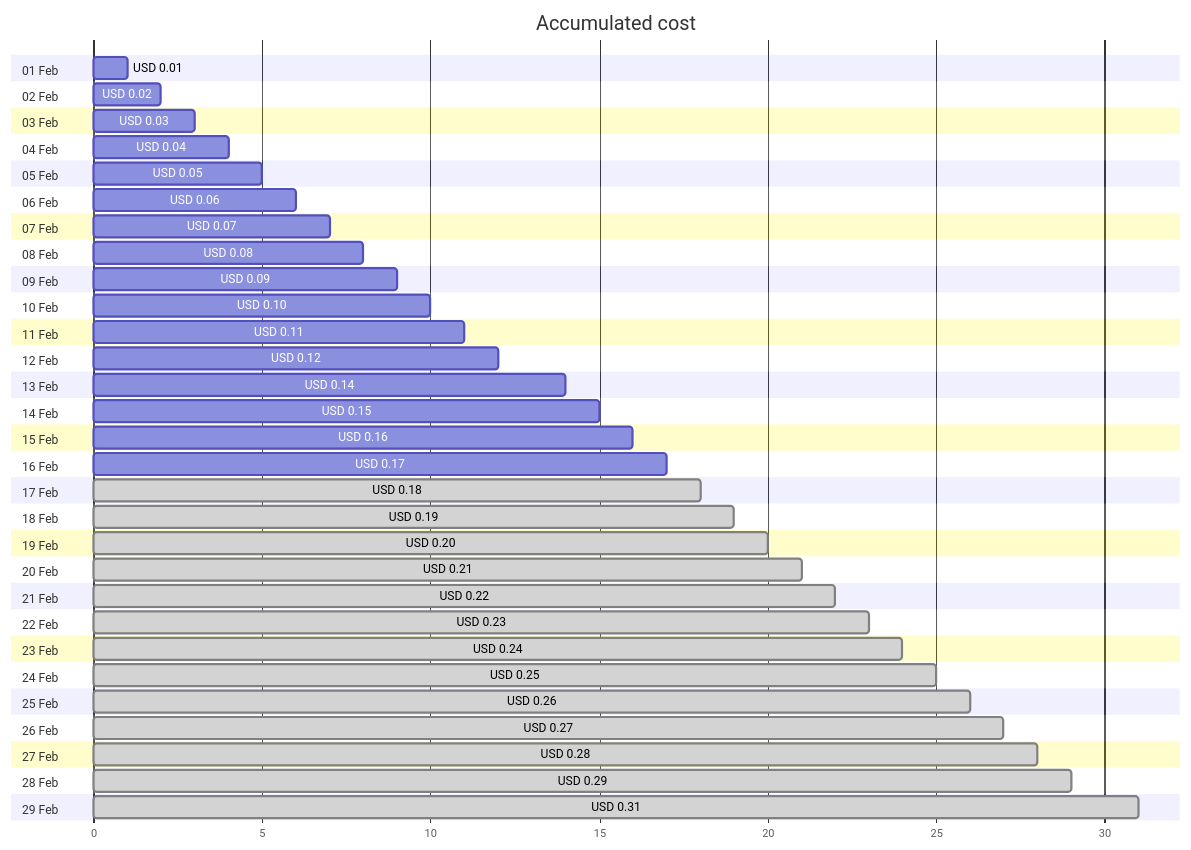
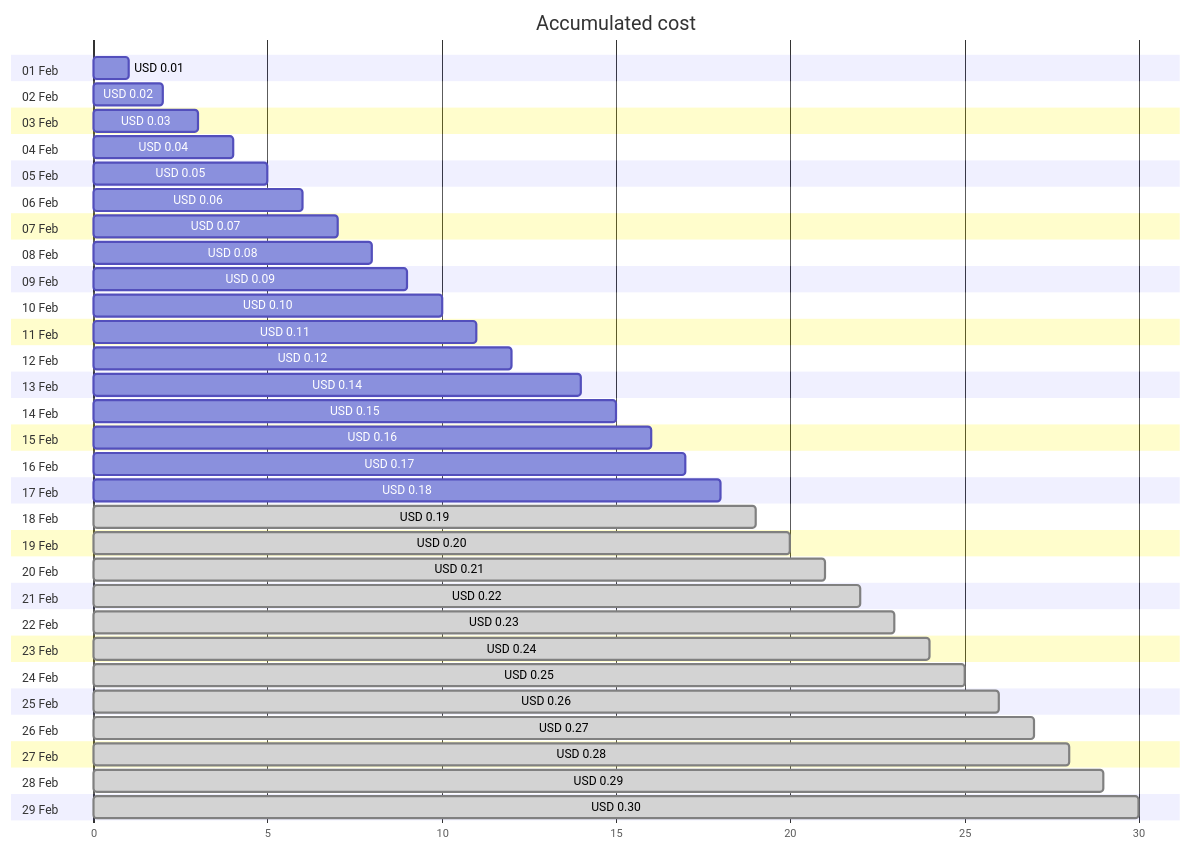
One commit to jpfulton/azure-personal-reports changed the first of 4 diagrams in cost-reports/cloud-shell-storage-eastus/README.md. Above: the diagram before and after it, drawn with Mermaid. The commit also changed other lines of this file and 1 other file, not shown here.

````diff
--- a/cost-reports/cloud-shell-storage-eastus/README.md
+++ b/cost-reports/cloud-shell-storage-eastus/README.md
@@ -20,64 +20,64 @@
 ```mermaid
 gantt
    title Accumulated cost
    dateFormat  X
    axisFormat %s
    section 01 Feb
    USD 0.01 :0, 1
    section 02 Feb
    USD 0.02 :0, 2
    section 03 Feb
    USD 0.03 :0, 3
    section 04 Feb
    USD 0.04 :0, 4
    section 05 Feb
    USD 0.05 :0, 5
    section 06 Feb
    USD 0.06 :0, 6
    section 07 Feb
    USD 0.07 :0, 7
    section 08 Feb
    USD 0.08 :0, 8
    section 09 Feb
    USD 0.09 :0, 9
    section 10 Feb
    USD 0.10 :0, 10
    section 11 Feb
    USD 0.11 :0, 11
    section 12 Feb
    USD 0.12 :0, 12
    section 13 Feb
    USD 0.14 :0, 14
    section 14 Feb
    USD 0.15 :0, 15
    section 15 Feb
    USD 0.16 :0, 16
    section 16 Feb
    USD 0.17 :0, 17
    section 17 Feb
-   USD 0.18 : done, 0, 18
+   USD 0.18 :0, 18
    section 18 Feb
    USD 0.19 : done, 0, 19
    section 19 Feb
    USD 0.20 : done, 0, 20
    section 20 Feb
    USD 0.21 : done, 0, 21
    section 21 Feb
    USD 0.22 : done, 0, 22
    section 22 Feb
    USD 0.23 : done, 0, 23
    section 23 Feb
    USD 0.24 : done, 0, 24
    section 24 Feb
    USD 0.25 : done, 0, 25
    section 25 Feb
    USD 0.26 : done, 0, 26
    section 26 Feb
    USD 0.27 : done, 0, 27
    section 27 Feb
    USD 0.28 : done, 0, 28
    section 28 Feb
    USD 0.29 : done, 0, 29
    section 29 Feb
-   USD 0.31 : done, 0, 31
+   USD 0.30 : done, 0, 30
 ```
````
